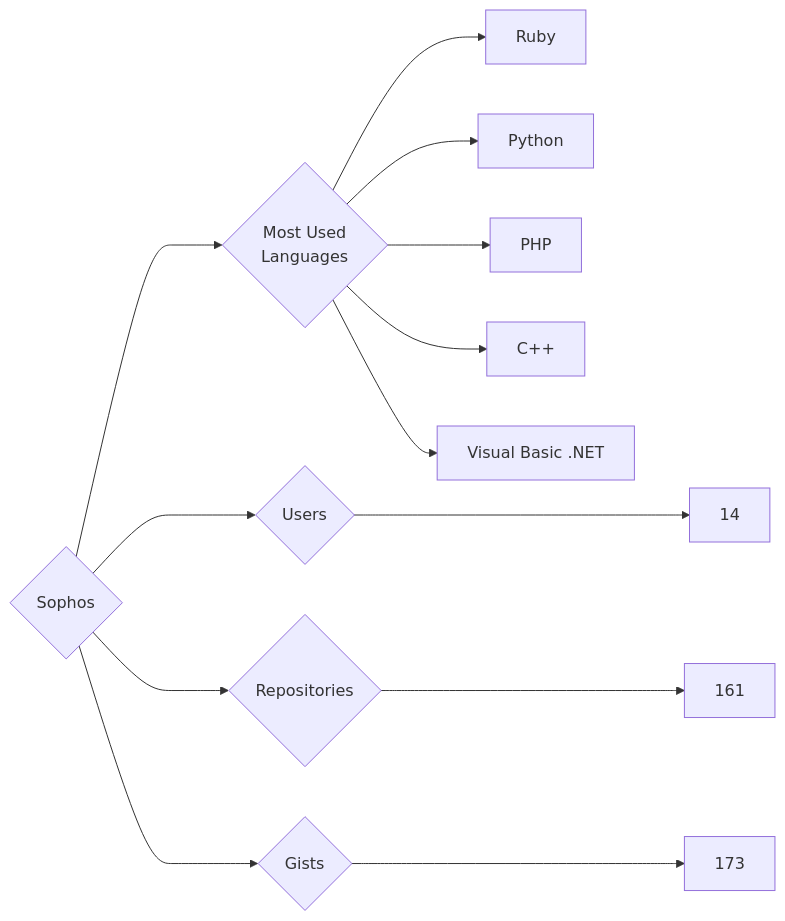
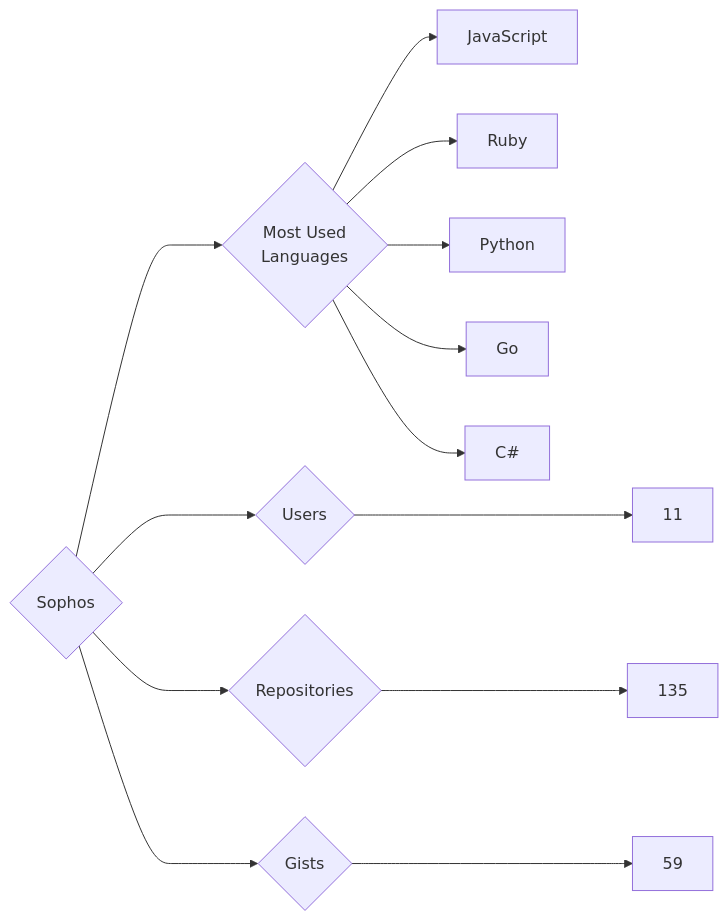
The diagram in targets/Sophos/README.md (trickest/insiders), drawn with Mermaid before and after one commit. The commit also changed 886 other files, not shown here.

````diff
--- a/targets/Sophos/README.md
+++ b/targets/Sophos/README.md
@@ -3,13 +3,13 @@
 ```mermaid
 graph LR
 COMPANY_NAME{Sophos}
-COMPANY_NAME ---> U{Users} ---> UN[14]
-COMPANY_NAME ---> R{Repositories} ---> RN[161]
-COMPANY_NAME ---> G{Gists} ---> GN[173]
+COMPANY_NAME ---> U{Users} ---> UN[11]
+COMPANY_NAME ---> R{Repositories} ---> RN[135]
+COMPANY_NAME ---> G{Gists} ---> GN[59]
 COMPANY_NAME ---> ML{Most Used<br>Languages}
+ML --> JavaScript[JavaScript]
 ML --> Ruby[Ruby]
 ML --> Python[Python]
-ML --> PHP[PHP]
-ML --> C++[C++]
-ML --> Visual_Basic_.NET[Visual Basic .NET]
+ML --> Go[Go]
+ML --> C#[C#]
 ```
````
